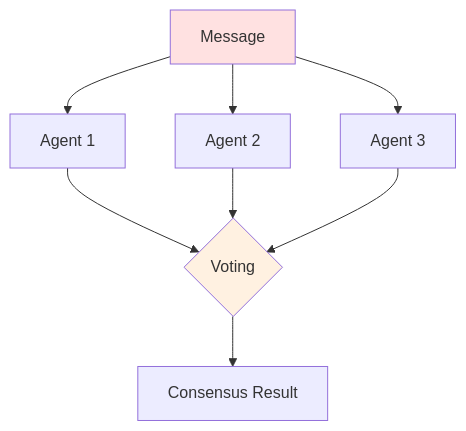
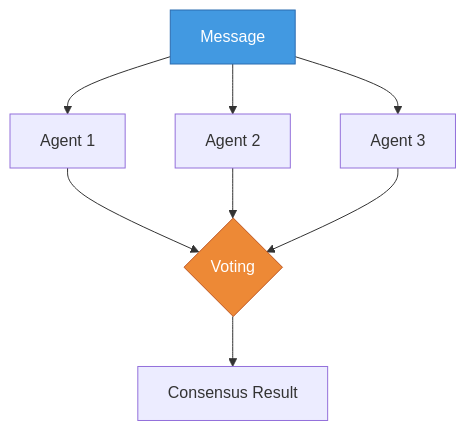
The fifth of 7 diagrams in docs/group-coordination-guide.md (scarnecchia/numina), drawn with Mermaid before and after one commit. The commit also changed other lines of this file and 1 other file, not shown here.

Commit message:
diagram fixes

````diff
--- a/docs/group-coordination-guide.md
+++ b/docs/group-coordination-guide.md
@@ -135,12 +135,12 @@
 ```mermaid
 graph TB
     M[Message] --> A1[Agent 1]
     M --> A2[Agent 2]
     M --> A3[Agent 3]
     A1 --> V{Voting}
     A2 --> V
     A3 --> V
     V --> R[Consensus Result]
-    style M fill:#ffe1e1
-    style V fill:#fff1e1
+    style M fill:#4299e1,stroke:#2b6cb0,color:#fff
+    style V fill:#ed8936,stroke:#c05621,color:#fff
 ```
````
